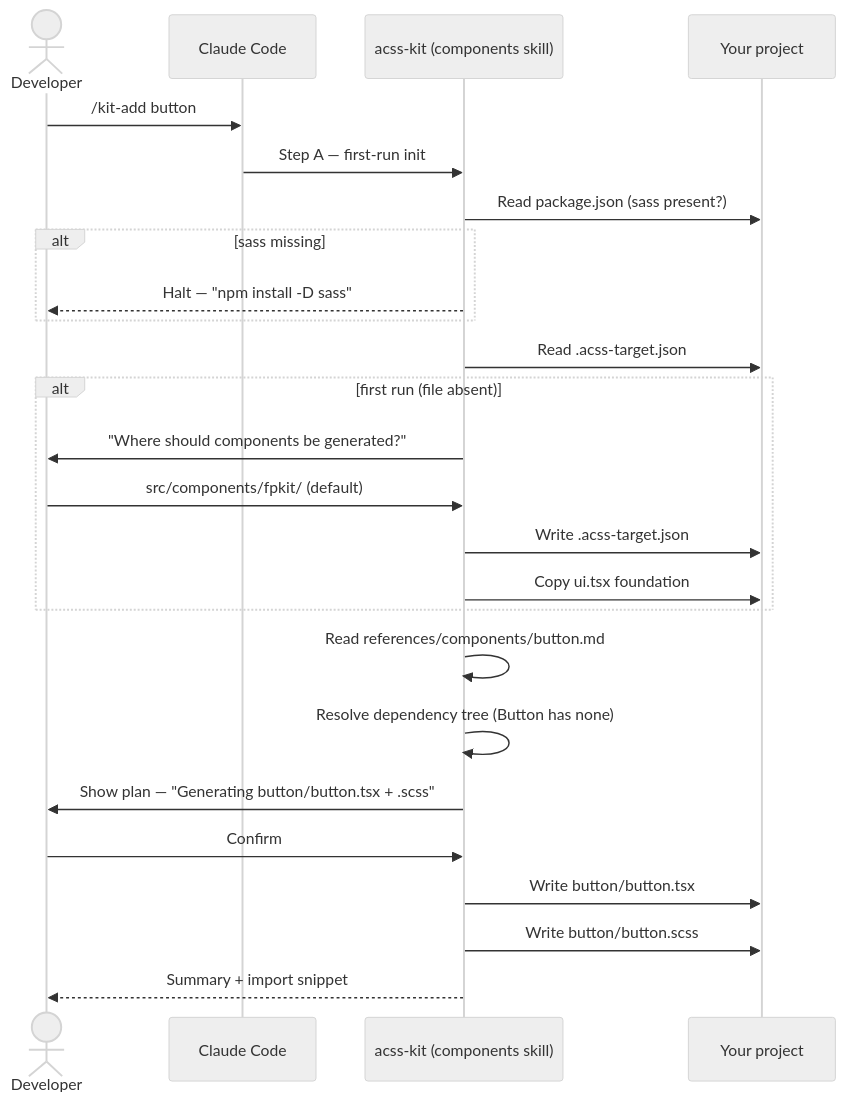
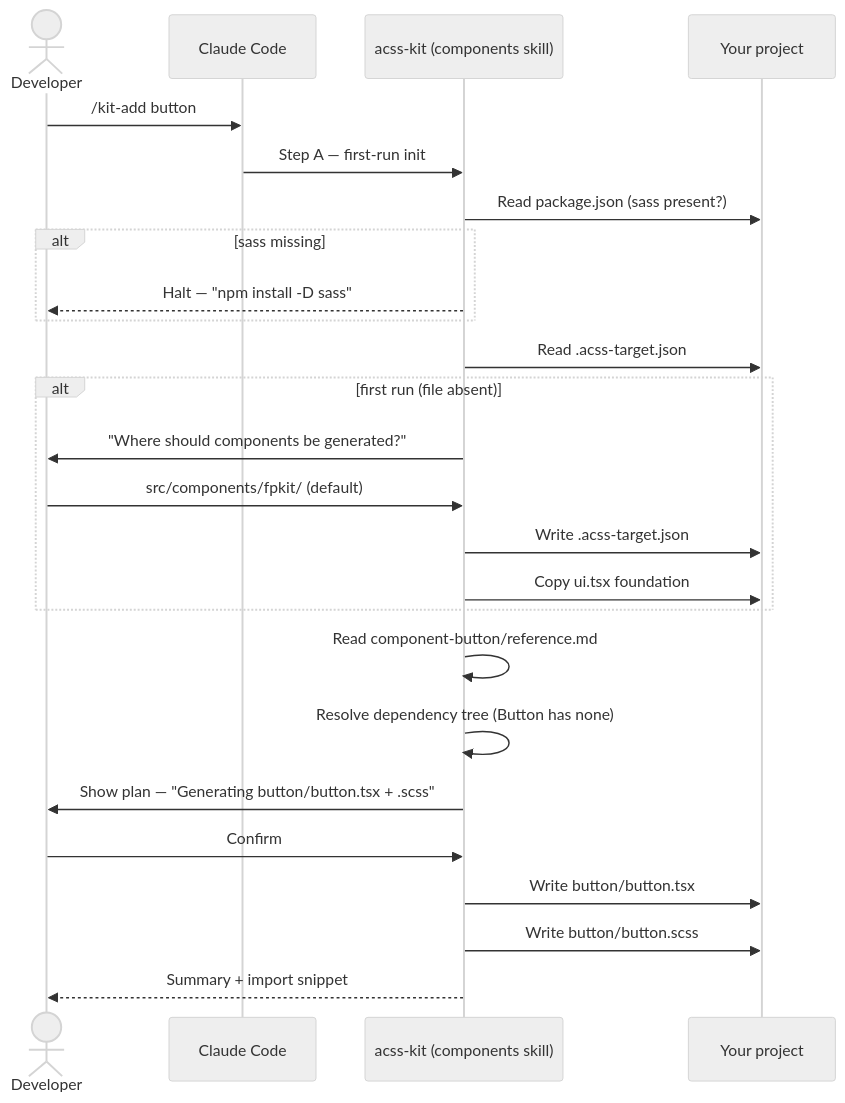
One commit to shawn-sandy/agentic-acss-plugins changed the first of 5 diagrams in plugins/acss-kit/docs/visual-guide.md. Above: the diagram before and after it, drawn with Mermaid (neutral theme). The commit also changed other lines of this file and 64 other files, not shown here.

First line of the commit message:
feat(acss-kit): PR 2 — bulk-migrate 14 components to per-component skills, retire catalog.md (v1.2.0)

````diff
--- a/plugins/acss-kit/docs/visual-guide.md
+++ b/plugins/acss-kit/docs/visual-guide.md
@@ -44,28 +44,28 @@
 ```mermaid
 sequenceDiagram
     actor Dev as Developer
     participant CC as Claude Code
     participant Plugin as acss-kit (components skill)
     participant Project as Your project
 
     Dev->>CC: /kit-add button
     CC->>Plugin: Step A — first-run init
     Plugin->>Project: Read package.json (sass present?)
     alt sass missing
         Plugin-->>Dev: Halt — "npm install -D sass"
     end
     Plugin->>Project: Read .acss-target.json
     alt first run (file absent)
         Plugin->>Dev: "Where should components be generated?"
         Dev->>Plugin: src/components/fpkit/ (default)
         Plugin->>Project: Write .acss-target.json
         Plugin->>Project: Copy ui.tsx foundation
     end
-    Plugin->>Plugin: Read references/components/button.md
+    Plugin->>Plugin: Read component-button/reference.md
     Plugin->>Plugin: Resolve dependency tree (Button has none)
     Plugin->>Dev: Show plan — "Generating button/button.tsx + .scss"
     Dev->>Plugin: Confirm
     Plugin->>Project: Write button/button.tsx
     Plugin->>Project: Write button/button.scss
     Plugin-->>Dev: Summary + import snippet
 ```
````
